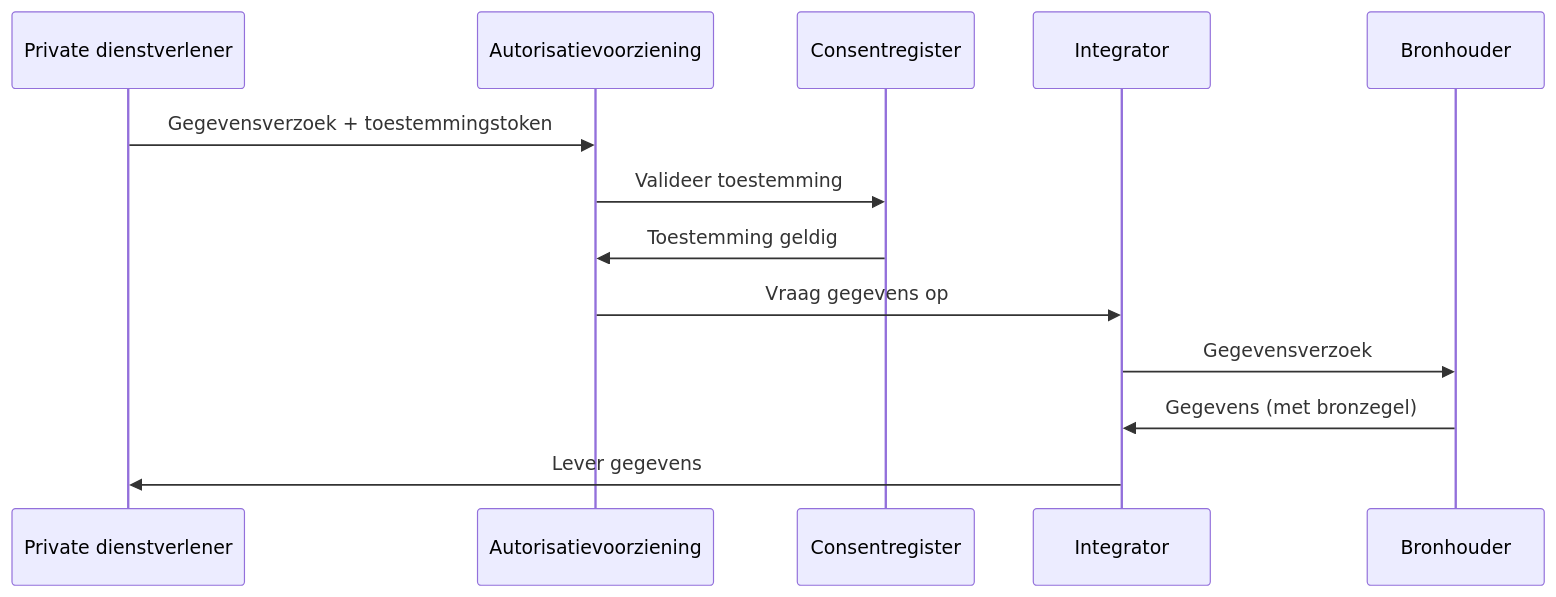
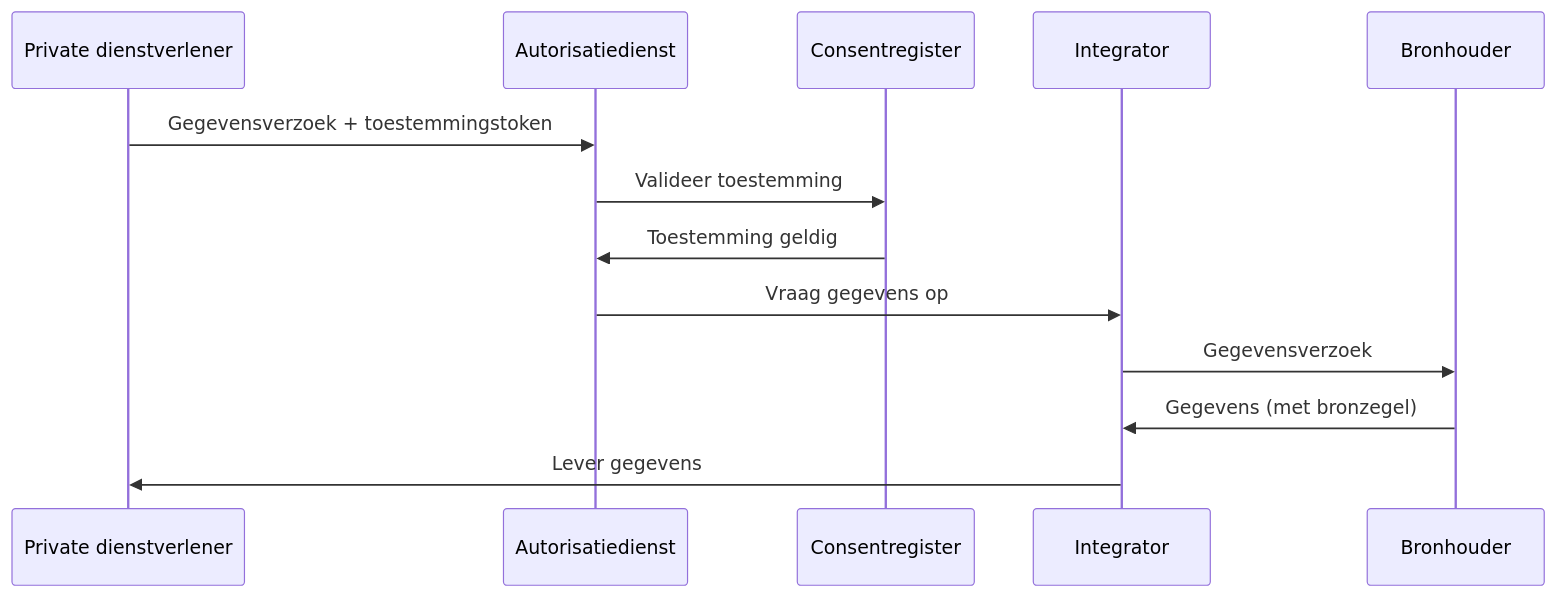
Before and after one commit to Govert-Claus/GBO-DvTP: the diagram in docs/diagrammen/interactiepatroon-gegevensverzoek.mmd, drawn with Mermaid. The commit also changed 7 other files, not shown here.

````diff
--- a/docs/diagrammen/interactiepatroon-gegevensverzoek.mmd
+++ b/docs/diagrammen/interactiepatroon-gegevensverzoek.mmd
@@ -3,18 +3,18 @@
 ``` mermaid
 
 sequenceDiagram
 participant PD as Private dienstverlener
-participant AUTH as Autorisatievoorziening
+participant AUTH as Autorisatiedienst
 participant REG as Consentregister
 participant INT as Integrator
 participant BRON as Bronhouder
 
 PD ->> AUTH: Gegevensverzoek + toestemmingstoken
 AUTH ->> REG: Valideer toestemming
 REG ->> AUTH: Toestemming geldig
 AUTH ->> INT: Vraag gegevens op
 INT ->> BRON: Gegevensverzoek
 BRON ->> INT: Gegevens (met bronzegel)
 INT ->> PD: Lever gegevens
 
 ```
````
